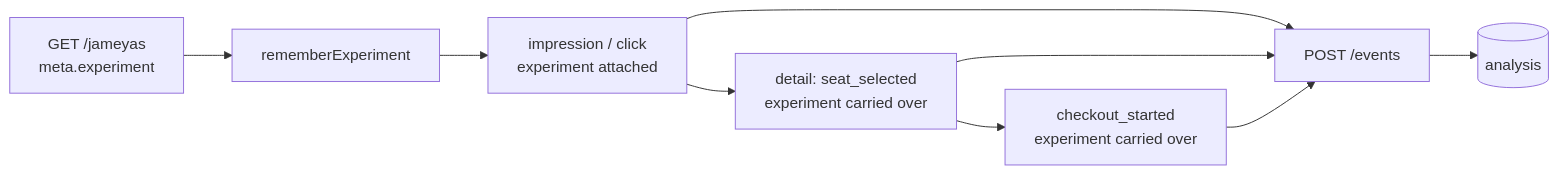
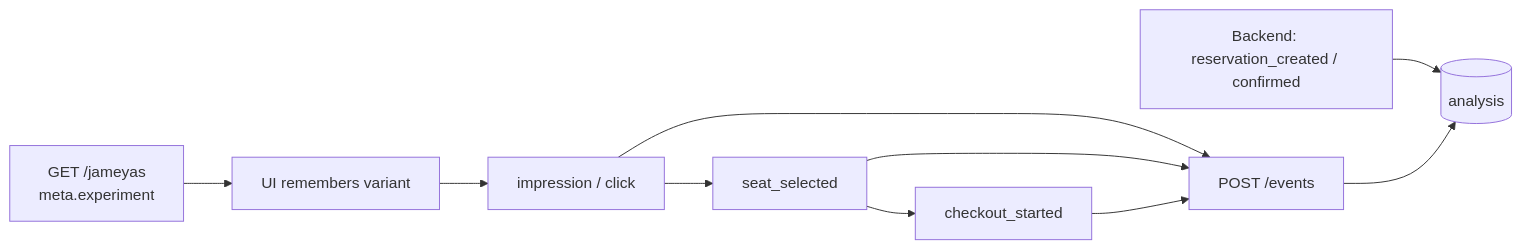
Before and after one commit to ehamamrah/Pokunity: the diagram in docs/marketplace/ab-testing.md, drawn with Mermaid. The commit also changed other lines of this file and 7 other files, not shown here.

````diff
--- a/docs/marketplace/ab-testing.md
+++ b/docs/marketplace/ab-testing.md
@@ -17,9 +7,10 @@
 ```mermaid
 flowchart LR
-  L[GET /jameyas<br/>meta.experiment] --> M[rememberExperiment]
-  M --> I[impression / click<br/>experiment attached]
-  I --> D[detail: seat_selected<br/>experiment carried over]
-  D --> K[checkout_started<br/>experiment carried over]
+  L["GET /jameyas<br/>meta.experiment"] --> M[UI remembers variant]
+  M --> I[impression / click]
+  I --> D[seat_selected]
+  D --> K[checkout_started]
   I & D & K --> E[POST /events]
-  E --> A[(analysis)]
+  S[Backend: reservation_created / confirmed] --> A[(analysis)]
+  E --> A
 ```
````
